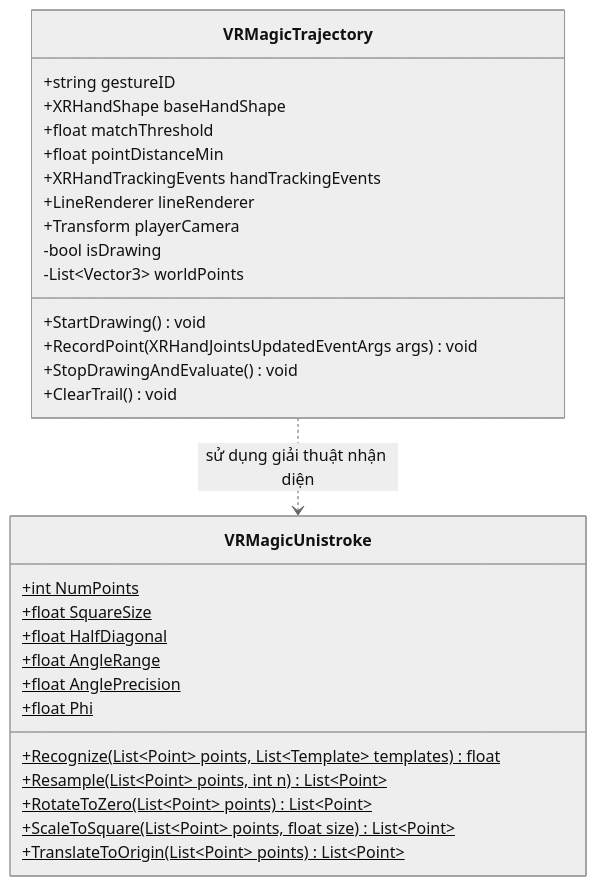
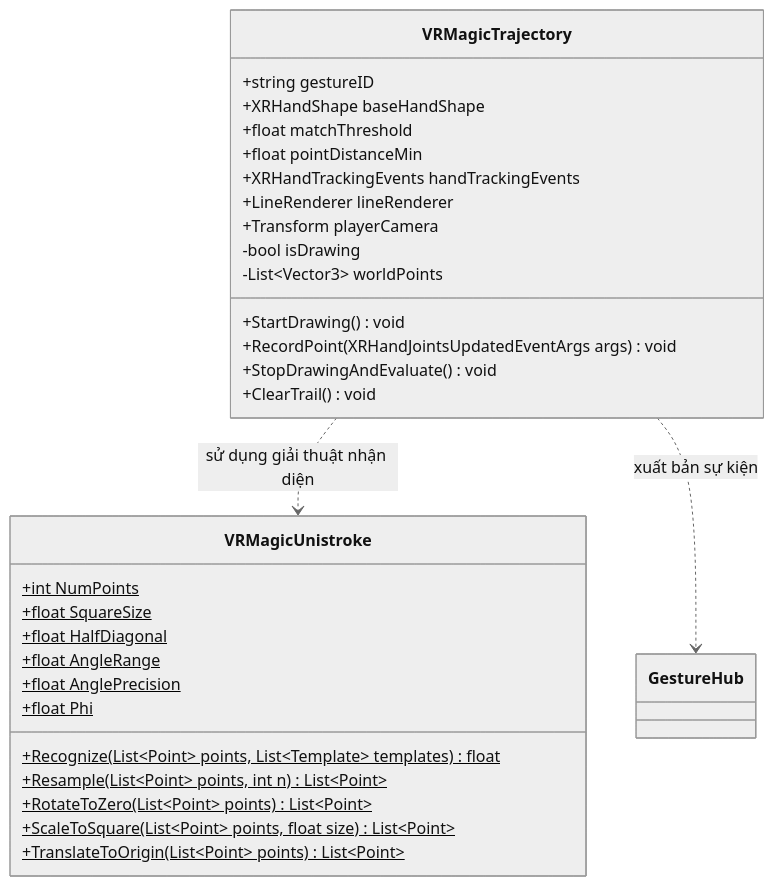
One commit to MinhTrinh04/ASL changed the sixth of 10 diagrams in docs/DATN/12-Chương_5_Các_giải_pháp_và_đóng_góp_nổi_bật.md. Above: the diagram before and after it, drawn with Mermaid. The commit also changed other lines of this file, not shown here.

Commit message:
update dynamic gesture

````diff
--- a/docs/DATN/12-Chương_5_Các_giải_pháp_và_đóng_góp_nổi_bật.md
+++ b/docs/DATN/12-Chương_5_Các_giải_pháp_và_đóng_góp_nổi_bật.md
@@ -234,35 +289,36 @@
 ```mermaid
 %%{init: {'theme': 'neutral'}}%%
 classDiagram
     class VRMagicTrajectory {
         +string gestureID
         +XRHandShape baseHandShape
         +float matchThreshold
         +float pointDistanceMin
         +XRHandTrackingEvents handTrackingEvents
         +LineRenderer lineRenderer
         +Transform playerCamera
         -bool isDrawing
         -List~Vector3~ worldPoints
         +StartDrawing() void
         +RecordPoint(XRHandJointsUpdatedEventArgs args) void
         +StopDrawingAndEvaluate() void
         +ClearTrail() void
     }
 
     class VRMagicUnistroke {
         +int NumPoints$
         +float SquareSize$
         +float HalfDiagonal$
         +float AngleRange$
         +float AnglePrecision$
         +float Phi$
         +Recognize(List~Point~ points, List~Template~ templates)$ float
         +Resample(List~Point~ points, int n)$ List~Point~
         +RotateToZero(List~Point~ points)$ List~Point~
         +ScaleToSquare(List~Point~ points, float size)$ List~Point~
         +TranslateToOrigin(List~Point~ points)$ List~Point~
     }
 
     VRMagicTrajectory ..> VRMagicUnistroke : sử dụng giải thuật nhận diện
+    VRMagicTrajectory ..> GestureHub : xuất bản sự kiện
 ```
````
